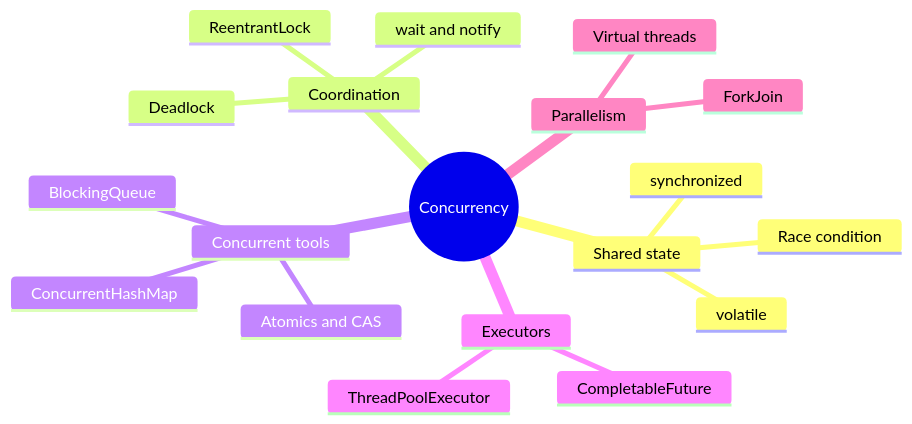
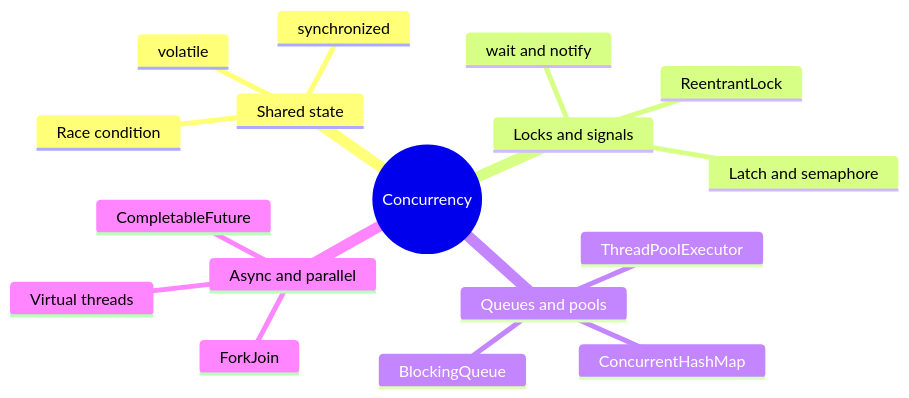
One commit to Sriram-Karthick-k/progress-tracker changed the diagram in content/notes/concurrency/overview.md. Above: the diagram before and after it, drawn with Mermaid. The commit also changed other lines of this file and 16 other files, not shown here.

````diff
--- a/content/notes/concurrency/overview.md
+++ b/content/notes/concurrency/overview.md
@@ -12,22 +12,20 @@
 ```mermaid
 mindmap
   root((Concurrency))
     Shared state
       Race condition
       synchronized
       volatile
-    Coordination
+    Locks and signals
+      ReentrantLock
       wait and notify
-      ReentrantLock
-      Deadlock
-    Concurrent tools
-      Atomics and CAS
+      Latch and semaphore
+    Queues and pools
+      BlockingQueue
+      ThreadPoolExecutor
       ConcurrentHashMap
-      BlockingQueue
-    Executors
-      ThreadPoolExecutor
+    Async and parallel
       CompletableFuture
-    Parallelism
       ForkJoin
       Virtual threads
 ```
````
